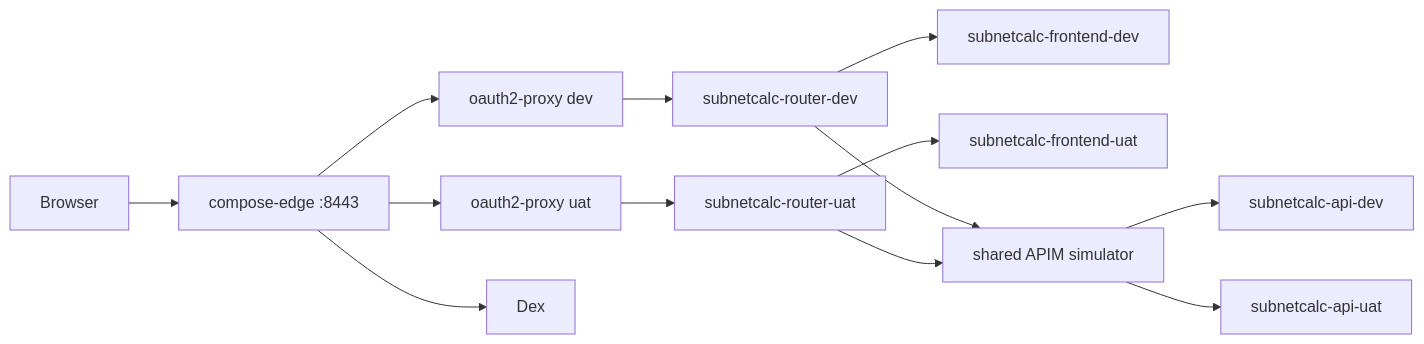
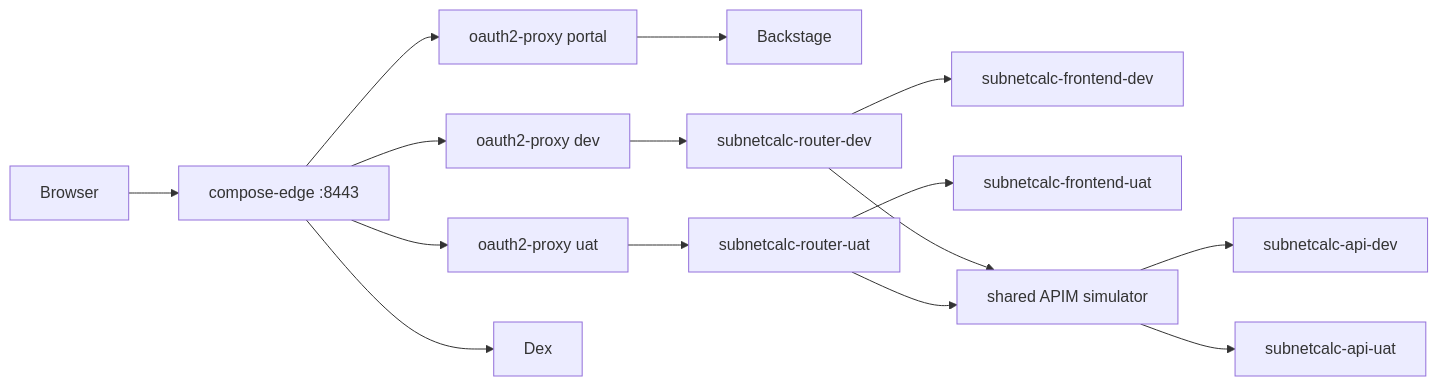
One commit to nickromney/platform changed the diagram in docker/compose/README.md. Above: the diagram before and after it, drawn with Mermaid. The commit also changed other lines of this file and 166 other files, not shown here.

````diff
--- a/docker/compose/README.md
+++ b/docker/compose/README.md
@@ -16,15 +17,17 @@
 ```mermaid
 flowchart LR
     user["Browser"] --> edge["compose-edge :8443"]
+    edge --> ssoPortal["oauth2-proxy portal"]
     edge --> ssoDev["oauth2-proxy dev"]
     edge --> ssoUat["oauth2-proxy uat"]
     edge --> dex["Dex"]
+    ssoPortal --> portal["Backstage"]
     ssoDev --> routerDev["subnetcalc-router-dev"]
     ssoUat --> routerUat["subnetcalc-router-uat"]
     routerDev --> feDev["subnetcalc-frontend-dev"]
     routerUat --> feUat["subnetcalc-frontend-uat"]
     routerDev --> apim["shared APIM simulator"]
     routerUat --> apim
     apim --> apiDev["subnetcalc-api-dev"]
     apim --> apiUat["subnetcalc-api-uat"]
 ```
````
